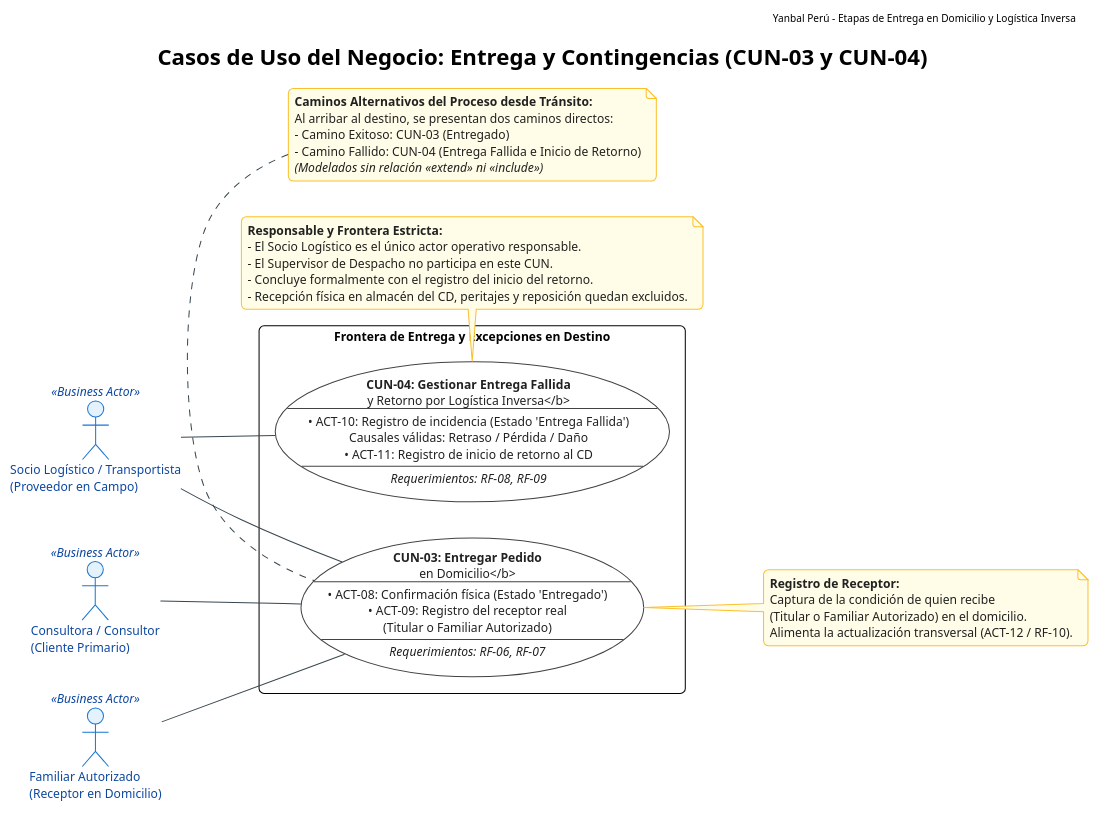
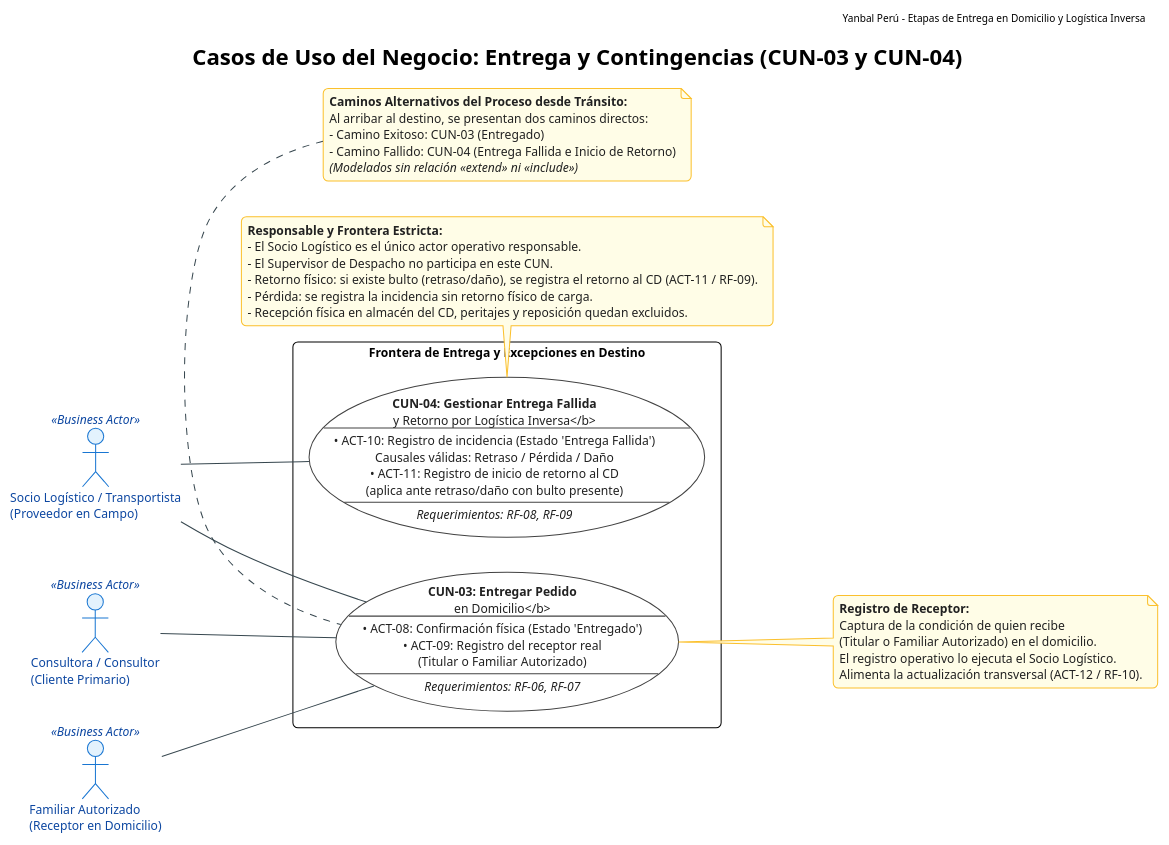
One commit to SaraviaH/arq-emp changed the diagram in arq-emp AS-IS/Diagrama de Casos de Uso del Negocio (CUN)/CUN_Paquete_Entrega_LogisticaInversa.puml. Above: the diagram before and after it, drawn with PlantUML. The commit also changed 8 other files, not shown here.

```diff
--- a/arq-emp AS-IS/Diagrama de Casos de Uso del Negocio (CUN)/CUN_Paquete_Entrega_LogisticaInversa.puml
+++ b/arq-emp AS-IS/Diagrama de Casos de Uso del Negocio (CUN)/CUN_Paquete_Entrega_LogisticaInversa.puml
@@ -1,79 +1,81 @@
 @startuml CUN_Paquete_Entrega_LogisticaInversa
 !theme plain
 skinparam shadowing false
 skinparam roundcorner 10
 skinparam defaultFontName "Arial"
 skinparam defaultFontSize 12
 
 skinparam actor {
     BackgroundColor<<Business Actor>> #E3F2FD
     BorderColor<<Business Actor>> #1976D2
     FontColor<<Business Actor>> #0D47A1
     
     BackgroundColor<<Business Worker>> #FFF3E0
     BorderColor<<Business Worker>> #F57C00
     FontColor<<Business Worker>> #E65100
 }
 
 skinparam usecase {
     BackgroundColor #FFFFFF
     BorderColor #424242
     ArrowColor #37474F
     FontColor #212121
 }
 
 skinparam note {
     BackgroundColor #FFFDE7
     BorderColor #FBC02D
     FontColor #212121
 }
 
 left to right direction
 
 header Yanbal Perú - Etapas de Entrega en Domicilio y Logística Inversa
 title Casos de Uso del Negocio: Entrega y Contingencias (CUN-03 y CUN-04)
 
 actor "Socio Logístico / Transportista\n(Proveedor en Campo)" as ActorSocio <<Business Actor>>
 actor "Consultora / Consultor\n(Cliente Primario)" as ActorConsultora <<Business Actor>>
 actor "Familiar Autorizado\n(Receptor en Domicilio)" as ActorFamiliar <<Business Actor>>
 
 rectangle "Frontera de Entrega y Excepciones en Destino" {
     usecase "<b>CUN-03: Entregar Pedido\nen Domicilio</b>\n---\n• ACT-08: Confirmación física (Estado 'Entregado')\n• ACT-09: Registro del receptor real\n(Titular o Familiar Autorizado)\n---\n<i>Requerimientos: RF-06, RF-07</i>" as CUN03
     
-    usecase "<b>CUN-04: Gestionar Entrega Fallida\ny Retorno por Logística Inversa</b>\n---\n• ACT-10: Registro de incidencia (Estado 'Entrega Fallida')\nCausales válidas: Retraso / Pérdida / Daño\n• ACT-11: Registro de inicio de retorno al CD\n---\n<i>Requerimientos: RF-08, RF-09</i>" as CUN04
+    usecase "<b>CUN-04: Gestionar Entrega Fallida\ny Retorno por Logística Inversa</b>\n---\n• ACT-10: Registro de incidencia (Estado 'Entrega Fallida')\nCausales válidas: Retraso / Pérdida / Daño\n• ACT-11: Registro de inicio de retorno al CD\n(aplica ante retraso/daño con bulto presente)\n---\n<i>Requerimientos: RF-08, RF-09</i>" as CUN04
 }
 
 ' =======================================================
 ' RELACIONES DE ASOCIACIÓN (ACTORES <-> CUN)
 ' Asociaciones estándar UML (sin direccionalidad de flujo)
 ' =======================================================
 ActorSocio -- CUN03
 ActorConsultora -- CUN03
 ActorFamiliar -- CUN03
 
 ActorSocio -- CUN04
 
 note right of CUN03
   <b>Registro de Receptor:</b>
   Captura de la condición de quien recibe
   (Titular o Familiar Autorizado) en el domicilio.
+  El registro operativo lo ejecuta el Socio Logístico.
   Alimenta la actualización transversal (ACT-12 / RF-10).
 end note
 
 note bottom of CUN04
   <b>Responsable y Frontera Estricta:</b>
   - El Socio Logístico es el único actor operativo responsable.
   - El Supervisor de Despacho no participa en este CUN.
-  - Concluye formalmente con el registro del inicio del retorno.
+  - Retorno físico: si existe bulto (retraso/daño), se registra el retorno al CD (ACT-11 / RF-09).
+  - Pérdida: se registra la incidencia sin retorno físico de carga.
   - Recepción física en almacén del CD, peritajes y reposición quedan excluidos.
 end note
 
 note top of CUN03
   <b>Caminos Alternativos del Proceso desde Tránsito:</b>
   Al arribar al destino, se presentan dos caminos directos:
   - Camino Exitoso: CUN-03 (Entregado)
   - Camino Fallido: CUN-04 (Entrega Fallida e Inicio de Retorno)
   <i>(Modelados sin relación <<extend>> ni <<include>>)</i>
 end note
 
 @enduml
```
